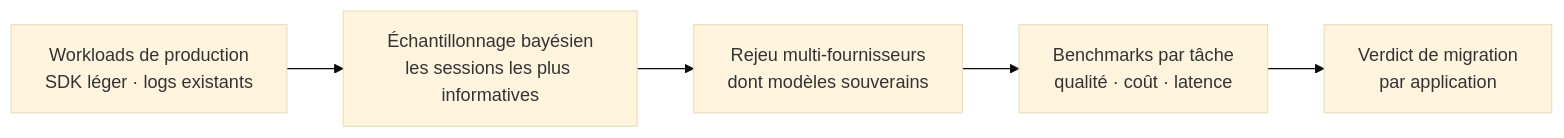
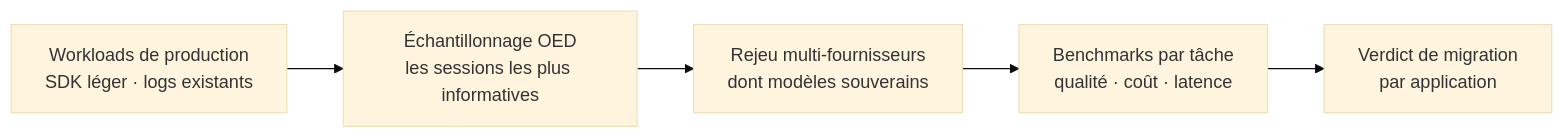
One commit to musa-solutions/titral changed the diagram in slides.md. Above: the diagram before and after it, drawn with Mermaid (base theme). The commit also changed other lines of this file and 2 other files, not shown here.

````diff
--- a/slides.md
+++ b/slides.md
@@ -149,7 +149,7 @@
 ```mermaid {theme:'base', themeVariables:{primaryColor:'#0a0a0b', primaryTextColor:'#fafafa', primaryBorderColor:'#3f3f46', lineColor:'#71717a', secondaryColor:'#111113', tertiaryColor:'#09090b', mainBkg:'#0a0a0b', nodeBorder:'#3f3f46', clusterBkg:'#000000', edgeLabelBackground:'#000000', fontSize:'16px'}}
 flowchart LR
-  W[Workloads de production<br/>SDK léger · logs existants] --> S[Échantillonnage bayésien<br/>les sessions les plus informatives]
+  W[Workloads de production<br/>SDK léger · logs existants] --> S[Échantillonnage OED<br/>les sessions les plus informatives]
   S --> R[Rejeu multi-fournisseurs<br/>dont modèles souverains]
   R --> M[Benchmarks par tâche<br/>qualité · coût · latence]
   M --> P[Verdict de migration<br/>par application]
 ```
````
